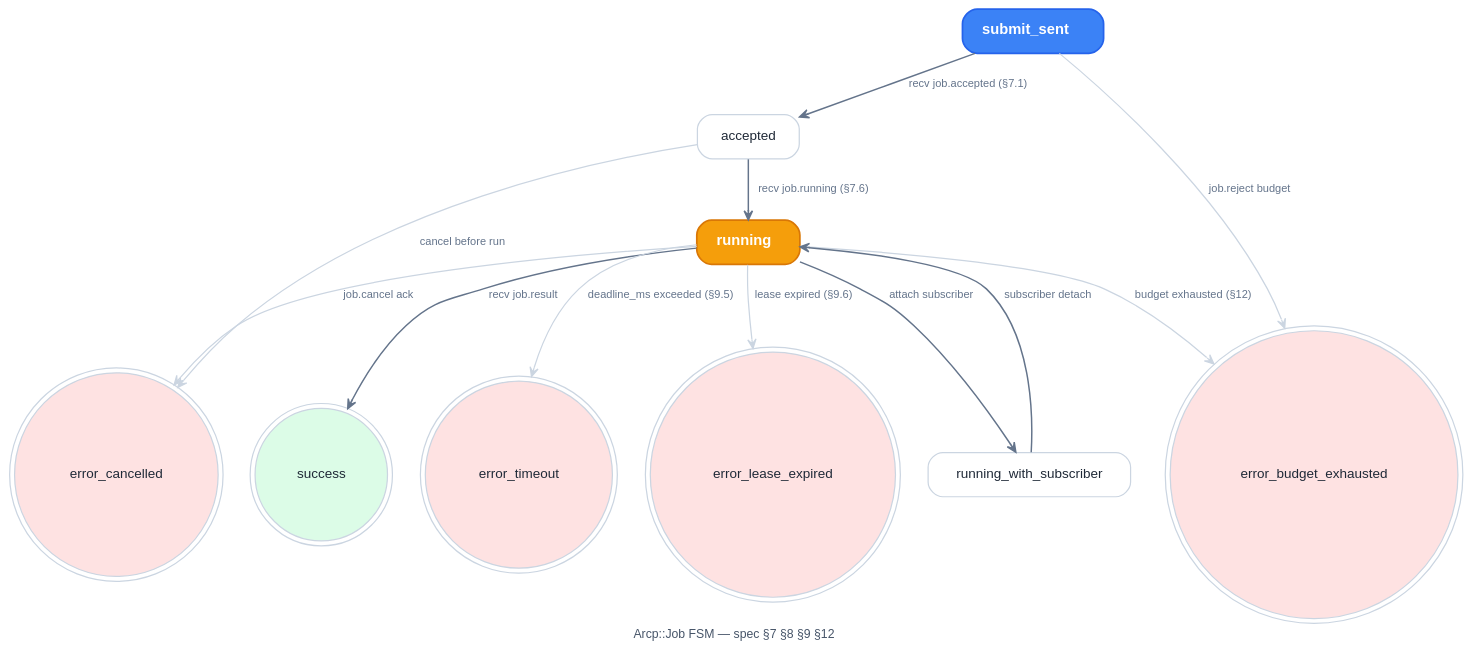
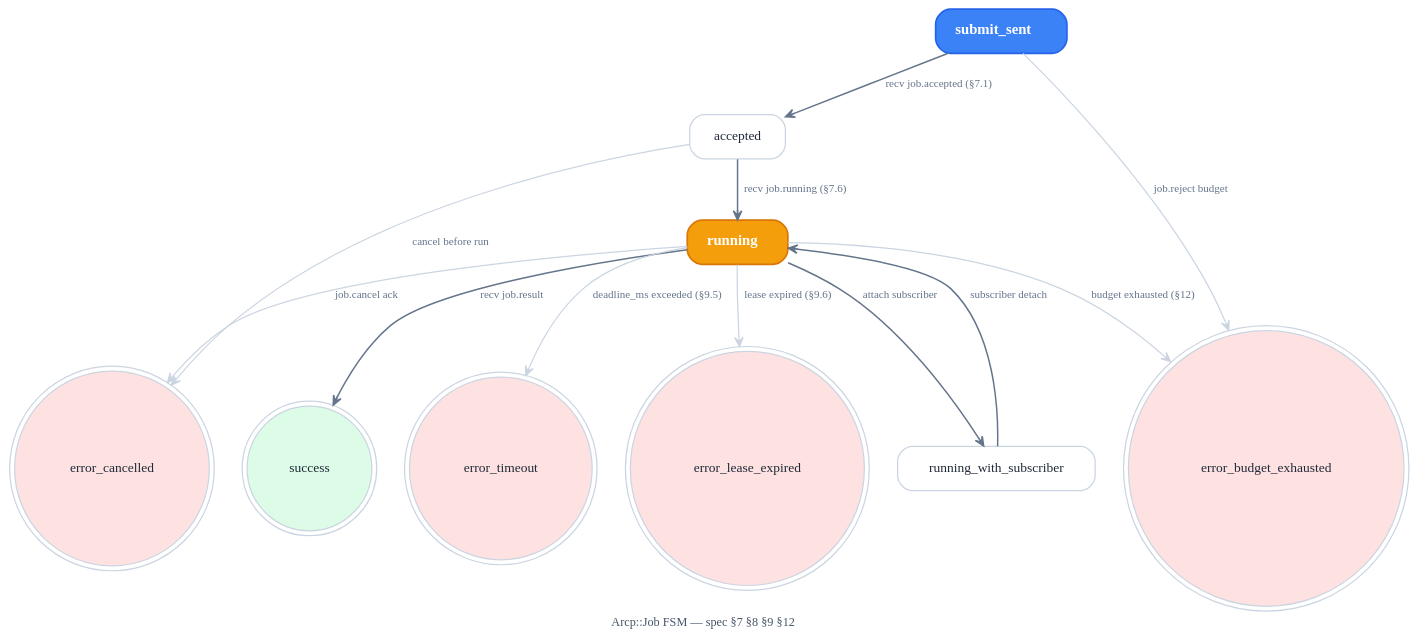
The diagram in docs/diagrams/job-fsm-light.dot (agentruntimecontrolprotocol/ruby-sdk), drawn with Graphviz before and after one commit. The commit also changed 23 other files, not shown here.

First line of the commit message:
Harmonize Graphviz diagrams with the ARCP design system

```diff
--- a/docs/diagrams/job-fsm-light.dot
+++ b/docs/diagrams/job-fsm-light.dot
@@ -1,96 +1,96 @@
 // ============================================================================
 //  Arcp::Job FSM (LIGHT variant)
 // ============================================================================
 
 digraph JobFSM {
   rankdir=TB;
   bgcolor="transparent";
   compound=true;
-  fontname="Helvetica";
+  fontname="TT Commons Pro Trial";
   splines=spline;
   nodesep=0.32;
   ranksep=0.55;
   pad="0.35,0.25";
   labelloc=b;
   label=<<FONT POINT-SIZE="10" COLOR="#475569">Arcp::Job FSM — spec §7 §8 §9 §12</FONT>>;
 
   node [
     shape=box,
     style="rounded,filled",
     fillcolor="white",
     color="#CBD5E1",
-    fontname="Helvetica",
+    fontname="TT Commons Pro Trial",
     fontsize=11,
     fontcolor="#1F2937",
     margin="0.22,0.11",
     penwidth=1.0
   ];
 
   edge [
-    fontname="Helvetica",
+    fontname="TT Commons Pro Trial",
     fontsize=9,
     fontcolor="#64748B",
     color="#94A3B8",
     penwidth=1.1,
     arrowsize=0.75,
     arrowhead=vee
   ];
 
   submit_sent [
     label=<<FONT POINT-SIZE="12"><B>submit_sent</B></FONT>>,
     fillcolor="#3B82F6", color="#2563EB",
     fontcolor="white", penwidth=1.4
   ];
 
   accepted [label="accepted"];
 
   running [
     label=<<FONT POINT-SIZE="12"><B>running</B></FONT>>,
     fillcolor="#F59E0B", color="#D97706",
     fontcolor="white", penwidth=1.4
   ];
 
   running_sub [label="running_with_subscriber"];
 
   success [
     label="success",
     shape=doublecircle, fillcolor="#dcfce7"
   ];
 
   err_cancelled [
     label="error_cancelled",
     shape=doublecircle, fillcolor="#fee2e2"
   ];
 
   err_timeout [
     label="error_timeout",
     shape=doublecircle, fillcolor="#fee2e2"
   ];
 
   err_lease [
     label="error_lease_expired",
     shape=doublecircle, fillcolor="#fee2e2"
   ];
 
   err_budget [
     label="error_budget_exhausted",
     shape=doublecircle, fillcolor="#fee2e2"
   ];
 
   // PRIMARY SPINE — happy path (§7.1, §7.6)
   edge [color="#64748B", penwidth=1.2];
   submit_sent -> accepted [label="recv job.accepted (§7.1)"];
   accepted -> running [label="recv job.running (§7.6)"];
   running -> running_sub [label="attach subscriber"];
   running_sub -> running [label="subscriber detach"];
   running -> success [label="recv job.result"];
 
   // SECONDARY WIRING — error branches (§9.5, §9.6)
   edge [color="#CBD5E1", penwidth=1.0];
   running -> err_cancelled [label="job.cancel ack"];
   running -> err_timeout [label="deadline_ms exceeded (§9.5)"];
   running -> err_lease [label="lease expired (§9.6)"];
   running -> err_budget [label="budget exhausted (§12)"];
   accepted -> err_cancelled [label="cancel before run"];
   submit_sent -> err_budget [label="job.reject budget"];
 }
```
